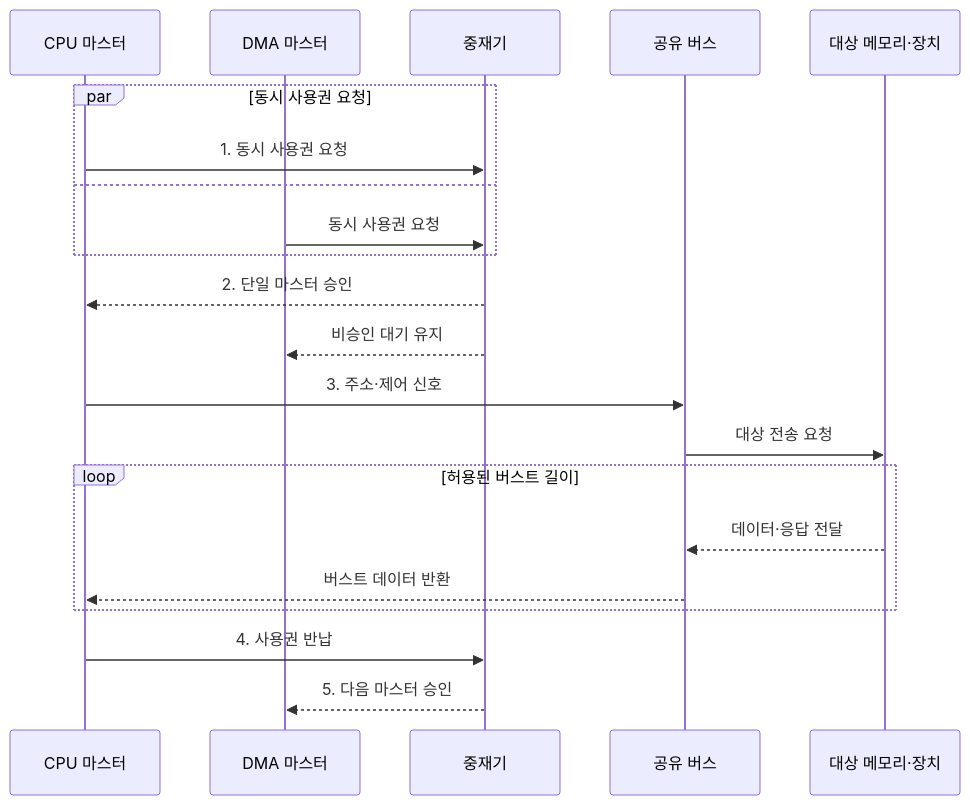
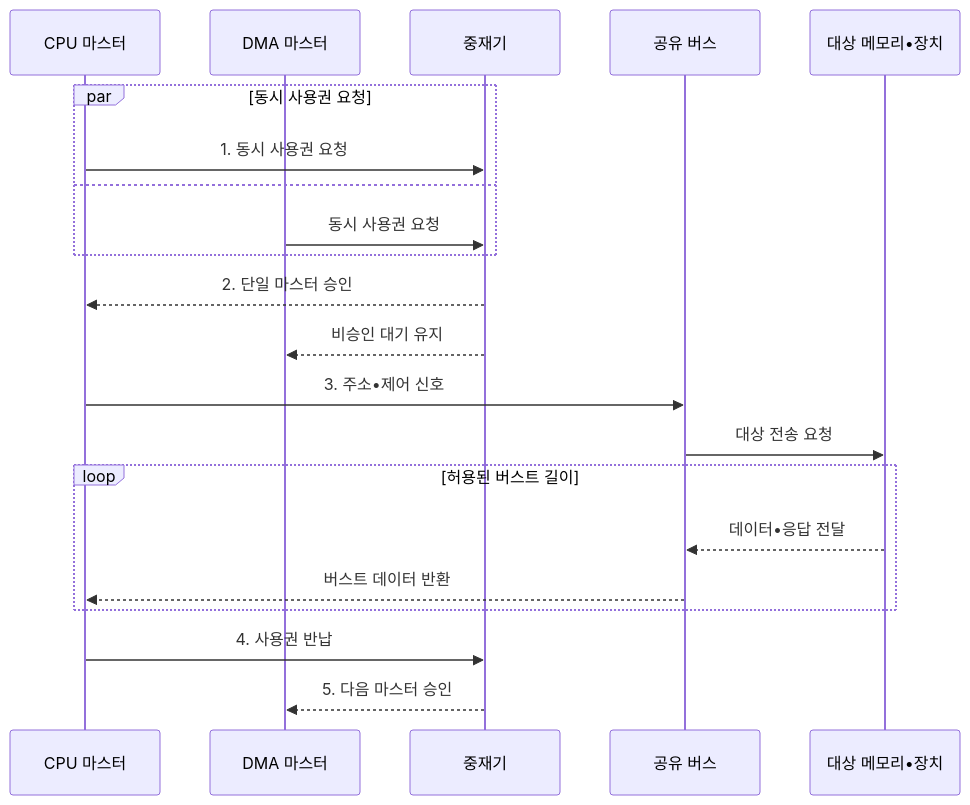
One commit to agnusdei1207/knowledge-base changed the second of 2 diagrams in src/content/docs/notes/02-hardware/036_bus_arbitration.md. Above: the diagram before and after it, drawn with Mermaid. The commit also changed other lines of this file and 953 other files, not shown here.

````diff
--- a/src/content/docs/notes/02-hardware/036_bus_arbitration.md
+++ b/src/content/docs/notes/02-hardware/036_bus_arbitration.md
@@ -96,23 +96,23 @@
 ```mermaid
 sequenceDiagram
     participant C as CPU 마스터
     participant D as DMA 마스터
     participant A as 중재기
     participant B as 공유 버스
-    participant T as 대상 메모리·장치
+    participant T as 대상 메모리•장치
     par 동시 사용권 요청
         C->>A: 1. 동시 사용권 요청
     and
         D->>A: 동시 사용권 요청
     end
     A-->>C: 2. 단일 마스터 승인
     A-->>D: 비승인 대기 유지
-    C->>B: 3. 주소·제어 신호
+    C->>B: 3. 주소•제어 신호
     B->>T: 대상 전송 요청
     loop 허용된 버스트 길이
-        T-->>B: 데이터·응답 전달
+        T-->>B: 데이터•응답 전달
         B-->>C: 버스트 데이터 반환
     end
     C->>A: 4. 사용권 반납
     A-->>D: 5. 다음 마스터 승인
 ```
````
